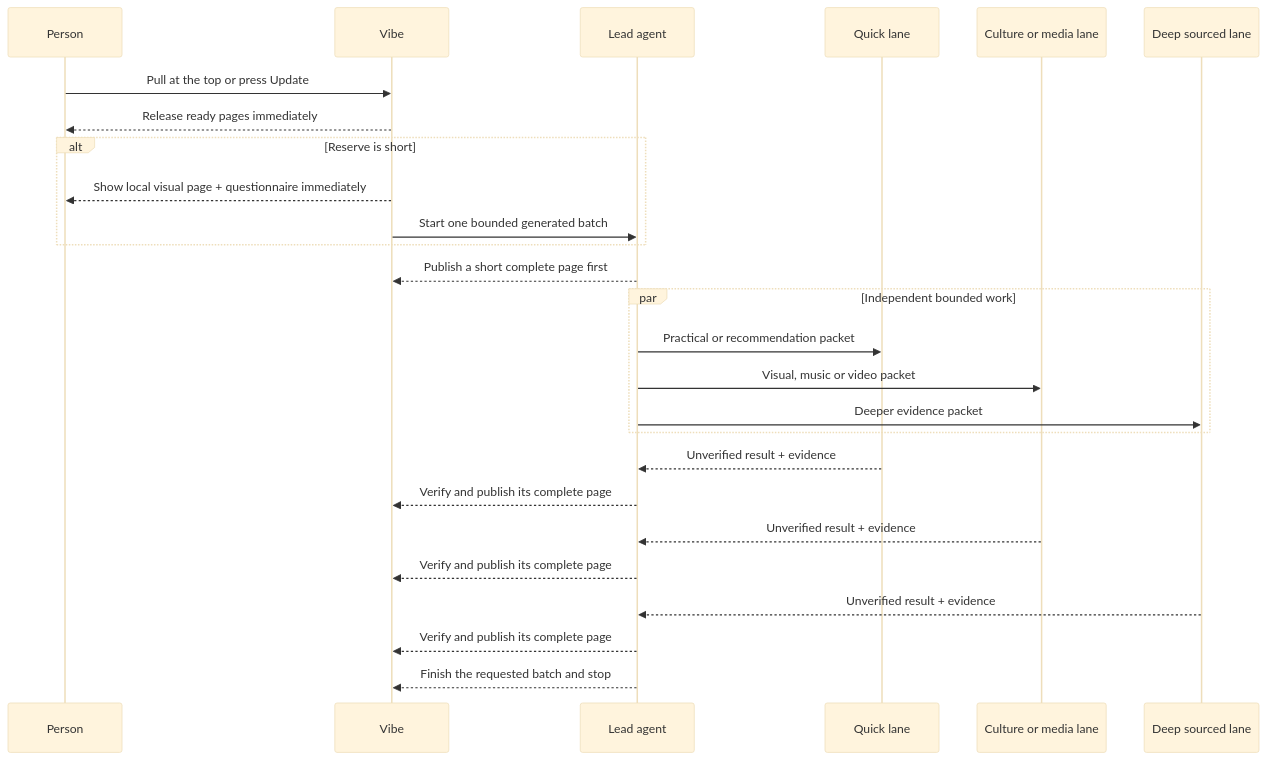
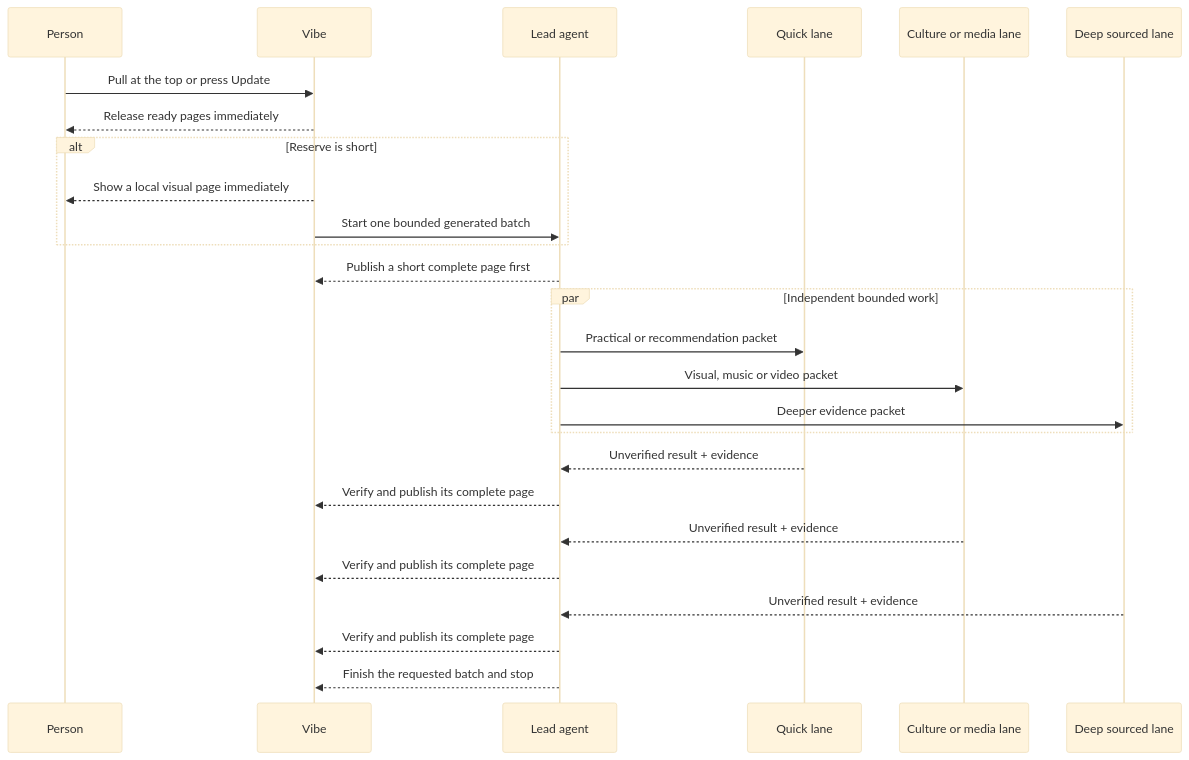
One commit to N9-Developer-Empowerment/DSH-Vibeify changed the third of 3 diagrams in docs/HOW_IT_WORKS.md. Above: the diagram before and after it, drawn with Mermaid (base theme). The commit also changed other lines of this file and 40 other files, not shown here.

````diff
--- a/docs/HOW_IT_WORKS.md
+++ b/docs/HOW_IT_WORKS.md
@@ -118,29 +118,29 @@
 ```mermaid
 sequenceDiagram
     participant P as Person
     participant V as Vibe
     participant L as Lead agent
     participant Q as Quick lane
     participant M as Culture or media lane
     participant R as Deep sourced lane
 
     P->>V: Pull at the top or press Update
     V-->>P: Release ready pages immediately
     alt Reserve is short
-        V-->>P: Show local visual page + questionnaire immediately
+        V-->>P: Show a local visual page immediately
         V->>L: Start one bounded generated batch
     end
     L-->>V: Publish a short complete page first
     par Independent bounded work
         L->>Q: Practical or recommendation packet
         L->>M: Visual, music or video packet
         L->>R: Deeper evidence packet
     end
     Q-->>L: Unverified result + evidence
     L-->>V: Verify and publish its complete page
     M-->>L: Unverified result + evidence
     L-->>V: Verify and publish its complete page
     R-->>L: Unverified result + evidence
     L-->>V: Verify and publish its complete page
     L-->>V: Finish the requested batch and stop
 ```
````
